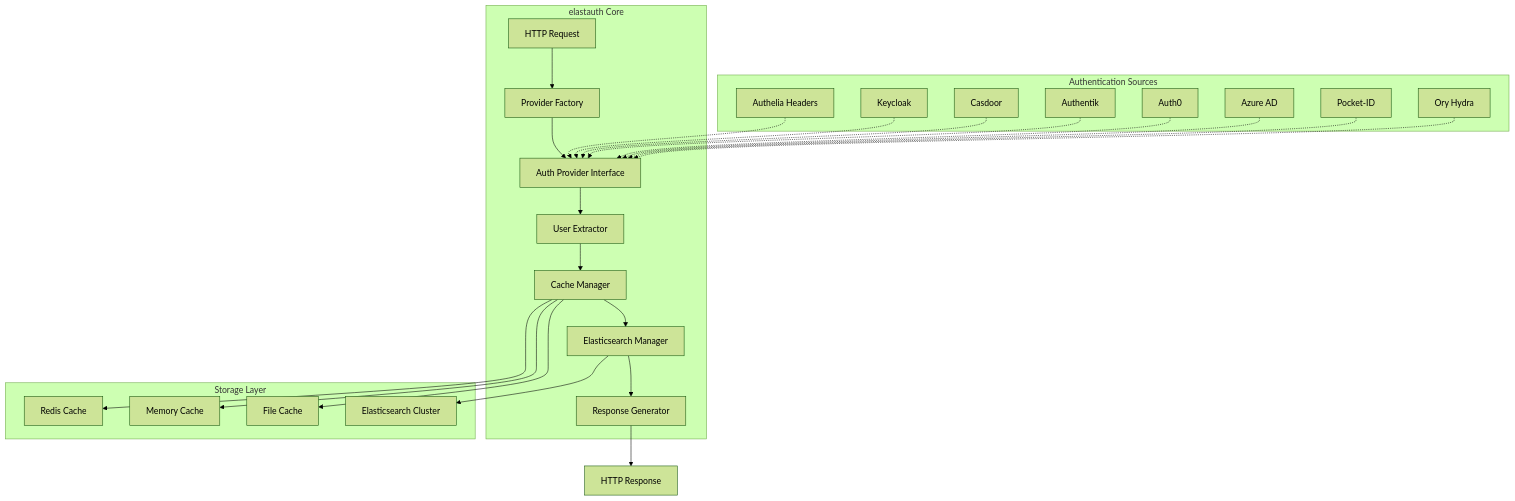
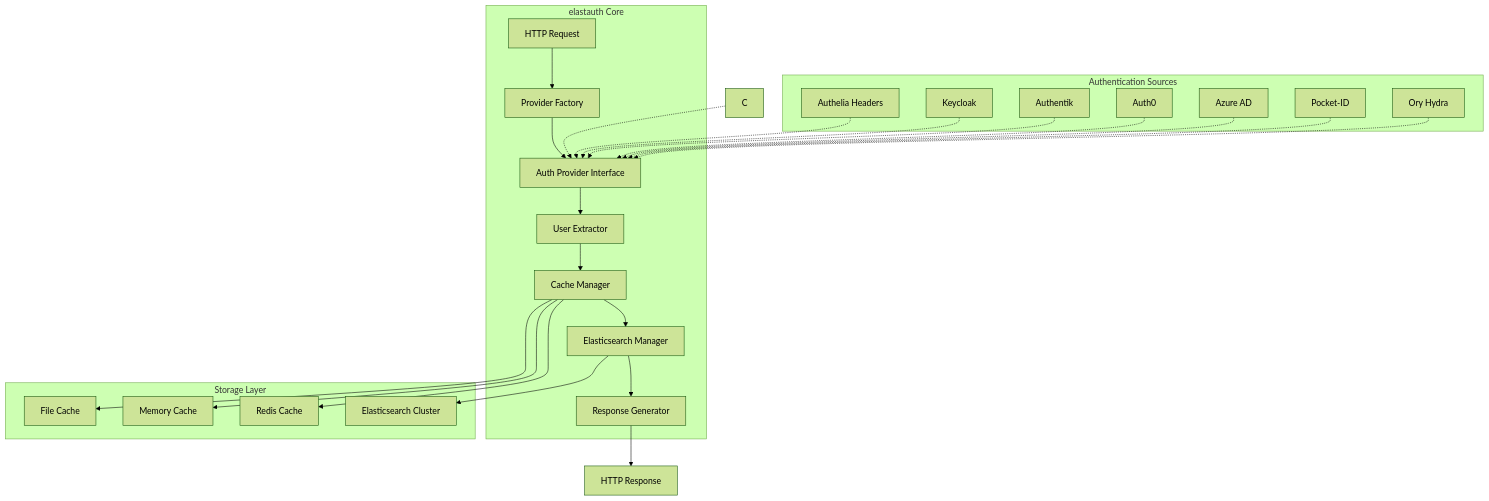
The first of 7 diagrams in docs/src/content/docs/getting-started/concepts.md (wasilak/elastauth), drawn with Mermaid (forest theme) before and after one commit. The commit also changed other lines of this file and 6 other files, not shown here.

````diff
--- a/docs/src/content/docs/getting-started/concepts.md
+++ b/docs/src/content/docs/getting-started/concepts.md
@@ -19,45 +19,44 @@
 ```mermaid
 graph TB
     subgraph "Authentication Sources"
         A[Authelia Headers]
         K[Keycloak]
-        C[Casdoor]
         AU[Authentik]
         A0[Auth0]
         AZ[Azure AD]
         PID[Pocket-ID]
         OH[Ory Hydra]
     end
     
     subgraph "elastauth Core"
         R[HTTP Request] --> PF[Provider Factory]
         PF --> AP[Auth Provider Interface]
         AP --> UE[User Extractor]
         UE --> CM[Cache Manager]
         CM --> EM[Elasticsearch Manager]
         EM --> RG[Response Generator]
     end
     
     subgraph "Storage Layer"
         RC[Redis Cache]
         MC[Memory Cache]
         FC[File Cache]
         ES[Elasticsearch Cluster]
     end
     
     A -.-> AP
     K -.-> AP
     C -.-> AP
     AU -.-> AP
     A0 -.-> AP
     AZ -.-> AP
     PID -.-> AP
     OH -.-> AP
     
     CM --> RC
     CM --> MC
     CM --> FC
     EM --> ES
     
     RG --> HR[HTTP Response]
 ```
````
